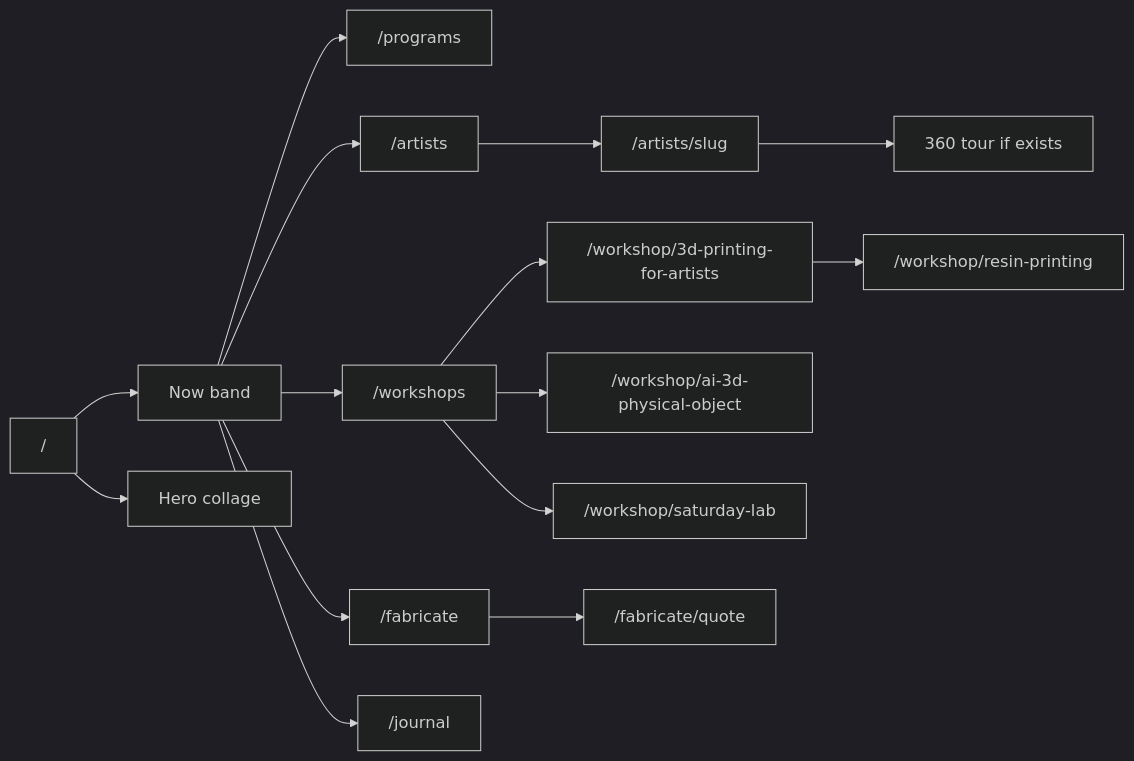
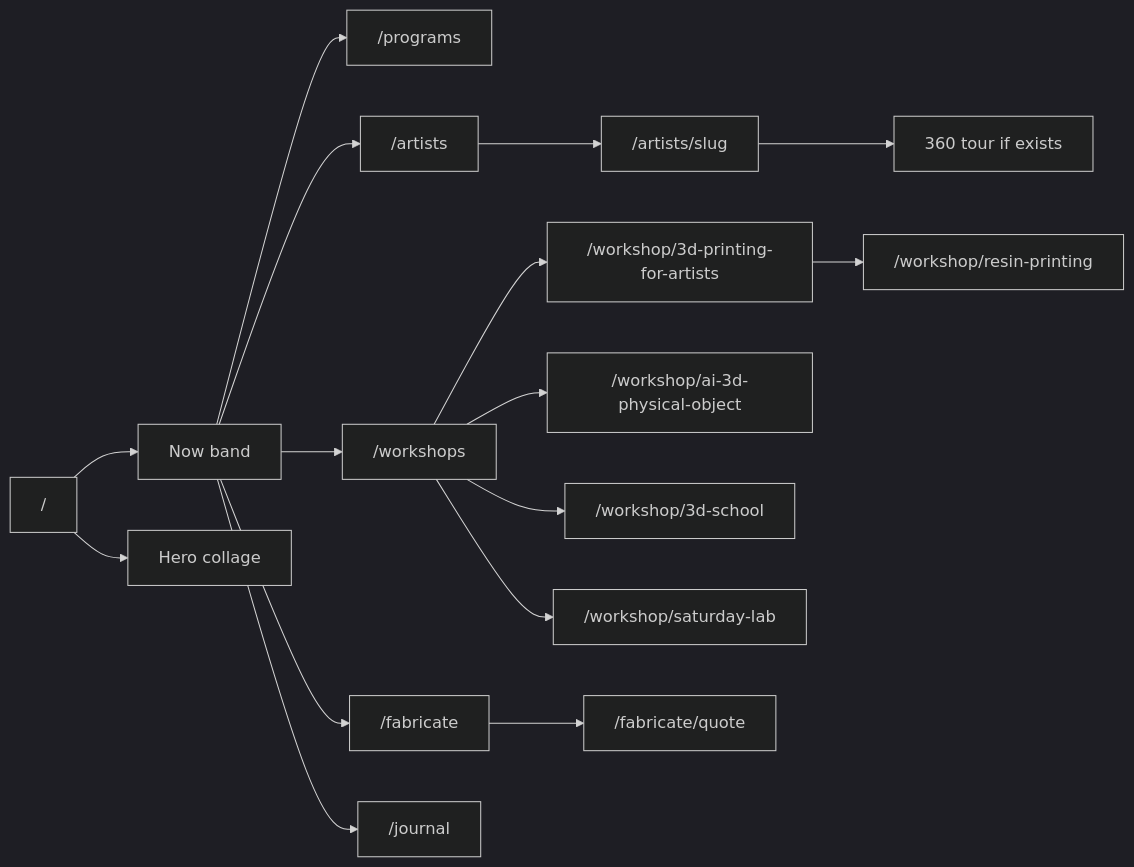
Before and after one commit to moisestech/infra24: the diagram in docs/dcc/IMAGE_SHOT_LIST.md, drawn with Mermaid (dark theme). The commit also changed other lines of this file and 36 other files, not shown here.

First line of the commit message:
Add DCC 3D School curriculum hub under /workshop/3d-school.

````diff
--- a/docs/dcc/IMAGE_SHOT_LIST.md
+++ b/docs/dcc/IMAGE_SHOT_LIST.md
@@ -9,17 +9,18 @@
 ```mermaid
 flowchart LR
   home["/"] --> now["Now band"]
   home --> collage["Hero collage"]
   now --> programs["/programs"]
   now --> artists["/artists"]
   now --> workshops["/workshops"]
   now --> fabricate["/fabricate"]
   now --> journal["/journal"]
   artists --> artistPage["/artists/slug"]
   artistPage --> tour["360 tour if exists"]
   workshops --> threeD["/workshop/3d-printing-for-artists"]
   workshops --> ai3d["/workshop/ai-3d-physical-object"]
+  workshops --> school["/workshop/3d-school"]
   workshops --> satlab["/workshop/saturday-lab"]
   threeD --> resin["/workshop/resin-printing"]
   fabricate --> quote["/fabricate/quote"]
 ```
````
